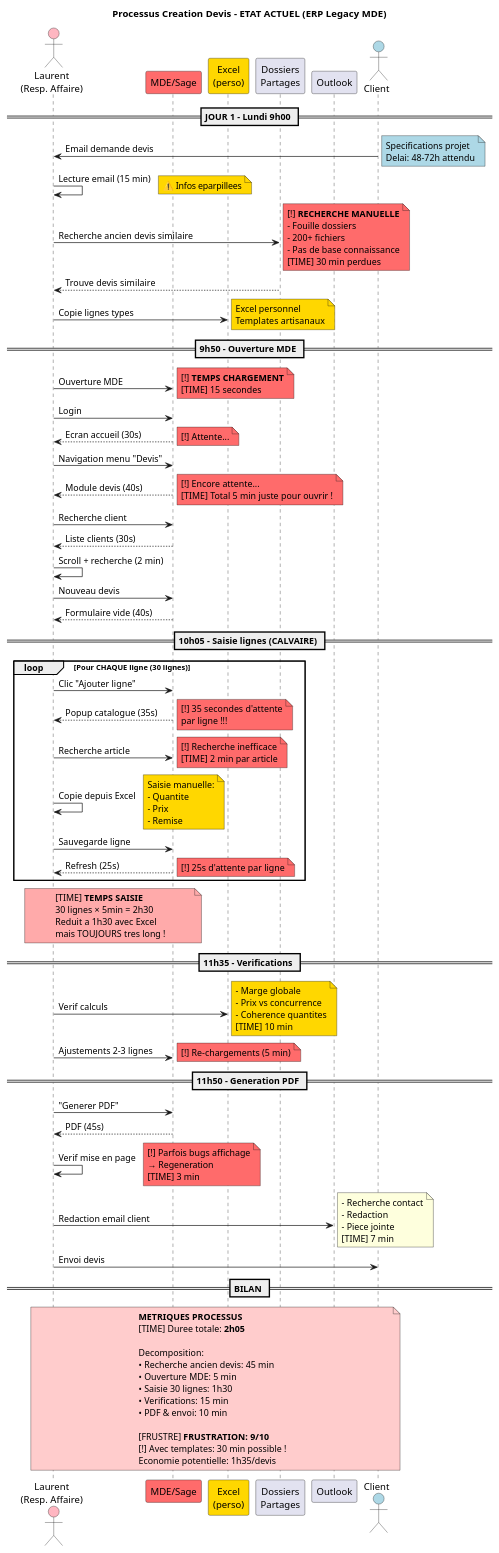
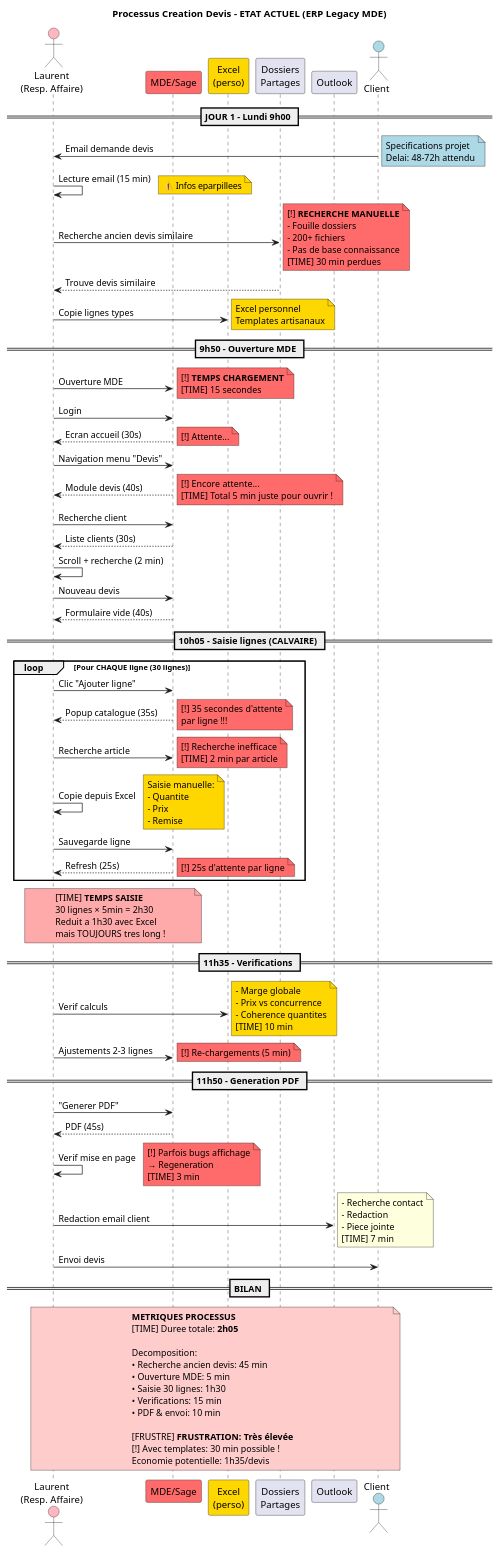
One commit to JordanSerafini/Audit_Duret changed the diagram in Services/Direction-Affaires/uml/png/01_sequence_creation_devis_actuel.puml. Above: the diagram before and after it, drawn with PlantUML. The commit also changed 51 other files, not shown here.

```diff
--- a/Services/Direction-Affaires/uml/png/01_sequence_creation_devis_actuel.puml
+++ b/Services/Direction-Affaires/uml/png/01_sequence_creation_devis_actuel.puml
@@ -1,164 +1,164 @@
 @startuml Creation_Devis_Actuel
 
 title Processus Creation Devis - ETAT ACTUEL (ERP Legacy MDE)
 
 actor "Laurent\n(Resp. Affaire)" as Laurent #FFB6C1
 participant "MDE/Sage" as MDE #FF6B6B
 participant "Excel\n(perso)" as Excel #FFD700
 participant "Dossiers\nPartages" as Dossiers
 participant "Outlook" as Email
 actor "Client" as Client #ADD8E6
 
 == JOUR 1 - Lundi 9h00 ==
 
 Client -> Laurent: Email demande devis
 note right #ADD8E6
   Specifications projet
   Delai: 48-72h attendu
 end note
 
 Laurent -> Laurent: Lecture email (15 min)
 note right #FFD700
   ⚠️ Infos eparpillees
 end note
 
 Laurent -> Dossiers: Recherche ancien devis similaire
 note right #FF6B6B
   [!] **RECHERCHE MANUELLE**
   - Fouille dossiers
   - 200+ fichiers
   - Pas de base connaissance
   [TIME] 30 min perdues
 end note
 
 Dossiers --> Laurent: Trouve devis similaire
 
 Laurent -> Excel: Copie lignes types
 note right #FFD700
   Excel personnel
   Templates artisanaux
 end note
 
 == 9h50 - Ouverture MDE ==
 
 Laurent -> MDE: Ouverture MDE
 note right #FF6B6B
   [!] **TEMPS CHARGEMENT**
   [TIME] 15 secondes
 end note
 
 Laurent -> MDE: Login
 MDE --> Laurent: Ecran accueil (30s)
 note right #FF6B6B
   [!] Attente...
 end note
 
 Laurent -> MDE: Navigation menu "Devis"
 MDE --> Laurent: Module devis (40s)
 note right #FF6B6B
   [!] Encore attente...
   [TIME] Total 5 min juste pour ouvrir !
 end note
 
 Laurent -> MDE: Recherche client
 MDE --> Laurent: Liste clients (30s)
 
 Laurent -> Laurent: Scroll + recherche (2 min)
 
 Laurent -> MDE: Nouveau devis
 MDE --> Laurent: Formulaire vide (40s)
 
 == 10h05 - Saisie lignes (CALVAIRE) ==
 
 loop Pour CHAQUE ligne (30 lignes)
     Laurent -> MDE: Clic "Ajouter ligne"
     MDE --> Laurent: Popup catalogue (35s)
     note right #FF6B6B
       [!] 35 secondes d'attente
       par ligne !!!
     end note
 
     Laurent -> MDE: Recherche article
     note right #FF6B6B
       [!] Recherche inefficace
       [TIME] 2 min par article
     end note
 
     Laurent -> Laurent: Copie depuis Excel
     note right #FFD700
       Saisie manuelle:
       - Quantite
       - Prix
       - Remise
     end note
 
     Laurent -> MDE: Sauvegarde ligne
     MDE --> Laurent: Refresh (25s)
     note right #FF6B6B
       [!] 25s d'attente par ligne
     end note
 end
 
 note over Laurent, MDE #FFAAAA
   [TIME] **TEMPS SAISIE**
   30 lignes × 5min = 2h30
   Reduit a 1h30 avec Excel
   mais TOUJOURS tres long !
 end note
 
 == 11h35 - Verifications ==
 
 Laurent -> Excel: Verif calculs
 note right #FFD700
   - Marge globale
   - Prix vs concurrence
   - Coherence quantites
   [TIME] 10 min
 end note
 
 Laurent -> MDE: Ajustements 2-3 lignes
 note right #FF6B6B
   [!] Re-chargements (5 min)
 end note
 
 == 11h50 - Generation PDF ==
 
 Laurent -> MDE: "Generer PDF"
 MDE --> Laurent: PDF (45s)
 
 Laurent -> Laurent: Verif mise en page
 note right #FF6B6B
   [!] Parfois bugs affichage
   → Regeneration
   [TIME] 3 min
 end note
 
 Laurent -> Email: Redaction email client
 note right
   - Recherche contact
   - Redaction
   - Piece jointe
   [TIME] 7 min
 end note
 
 Laurent -> Client: Envoi devis
 
 == BILAN ==
 
 note over Laurent, Client #FFCCCC
   **METRIQUES PROCESSUS**
   [TIME] Duree totale: **2h05**
 
   Decomposition:
   • Recherche ancien devis: 45 min
   • Ouverture MDE: 5 min
   • Saisie 30 lignes: 1h30
   • Verifications: 15 min
   • PDF & envoi: 10 min
 
-  [FRUSTRE] **FRUSTRATION: 9/10**
+  [FRUSTRE] **FRUSTRATION: Très élevée**
   [!] Avec templates: 30 min possible !
   Economie potentielle: 1h35/devis
 end note
 
 @enduml
```
